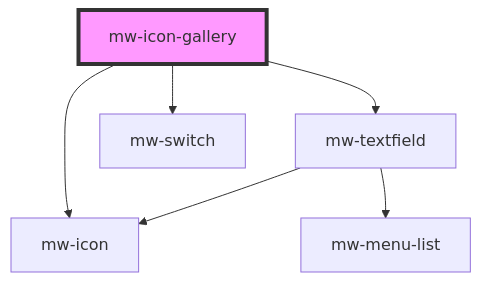
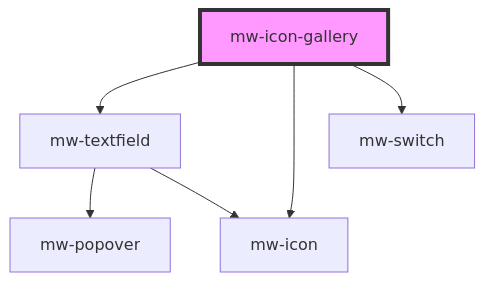
One commit to MaibornWolff/mwui changed the diagram in mwui-stencil/src/components/mw-icon-gallery/readme.md. Above: the diagram before and after it, drawn with Mermaid. The commit also changed 11 other files, not shown here.

````diff
--- a/mwui-stencil/src/components/mw-icon-gallery/readme.md
+++ b/mwui-stencil/src/components/mw-icon-gallery/readme.md
@@ -21,9 +21,9 @@
 ```mermaid
 graph TD;
   mw-icon-gallery --> mw-textfield
   mw-icon-gallery --> mw-icon
   mw-icon-gallery --> mw-switch
+  mw-textfield --> mw-popover
   mw-textfield --> mw-icon
-  mw-textfield --> mw-menu-list
   style mw-icon-gallery fill:#f9f,stroke:#333,stroke-width:4px
 ```
````
